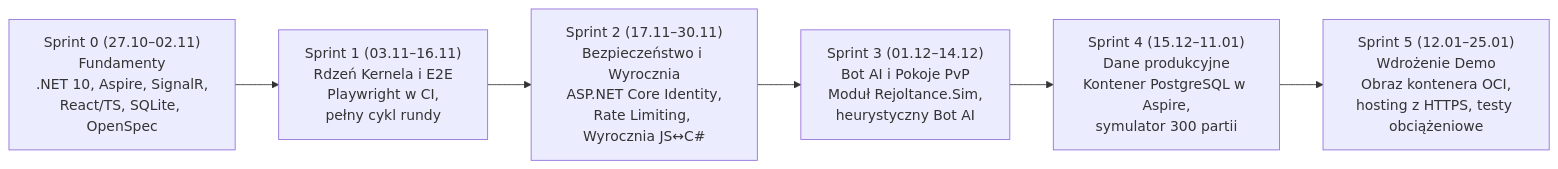
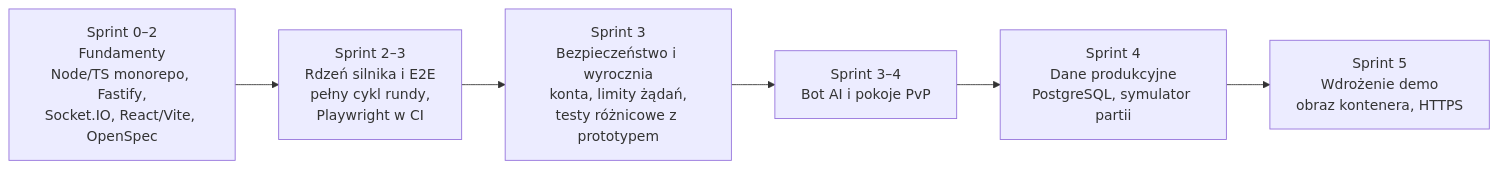
One commit to lMamacl/Rejoltance changed the diagram in .artifacts/confluence-export/01-dokumentacja-systemowa/06-stos-technologiczny.md. Above: the diagram before and after it, drawn with Mermaid. The commit also changed other lines of this file and 85 other files, not shown here.

````diff
--- a/.artifacts/confluence-export/01-dokumentacja-systemowa/06-stos-technologiczny.md
+++ b/.artifacts/confluence-export/01-dokumentacja-systemowa/06-stos-technologiczny.md
@@ -76,8 +76,8 @@
 ```mermaid
 flowchart LR
-  S0["Sprint 0 (27.10–02.11)<br/>Fundamenty<br/>.NET 10, Aspire, SignalR,<br/>React/TS, SQLite, OpenSpec"] --> S1["Sprint 1 (03.11–16.11)<br/>Rdzeń Kernela i E2E<br/>Playwright w CI,<br/>pełny cykl rundy"]
-  S1 --> S2["Sprint 2 (17.11–30.11)<br/>Bezpieczeństwo i Wyrocznia<br/>ASP.NET Core Identity,<br/>Rate Limiting, Wyrocznia JS↔C#"]
-  S2 --> S3["Sprint 3 (01.12–14.12)<br/>Bot AI i Pokoje PvP<br/>Moduł Rejoltance.Sim,<br/>heurystyczny Bot AI"]
-  S3 --> S4["Sprint 4 (15.12–11.01)<br/>Dane produkcyjne<br/>Kontener PostgreSQL w Aspire,<br/>symulator 300 partii"]
-  S4 --> S5["Sprint 5 (12.01–25.01)<br/>Wdrożenie Demo<br/>Obraz kontenera OCI,<br/>hosting z HTTPS, testy obciążeniowe"]
+  S0["Sprint 0–2<br/>Fundamenty<br/>Node/TS monorepo, Fastify,<br/>Socket.IO, React/Vite, OpenSpec"] --> S1["Sprint 2–3<br/>Rdzeń silnika i E2E<br/>pełny cykl rundy,<br/>Playwright w CI"]
+  S1 --> S2["Sprint 3<br/>Bezpieczeństwo i wyrocznia<br/>konta, limity żądań,<br/>testy różnicowe z prototypem"]
+  S2 --> S3["Sprint 3–4<br/>Bot AI i pokoje PvP"]
+  S3 --> S4["Sprint 4<br/>Dane produkcyjne<br/>PostgreSQL, symulator partii"]
+  S4 --> S5["Sprint 5<br/>Wdrożenie demo<br/>obraz kontenera, HTTPS"]
 ```
````
